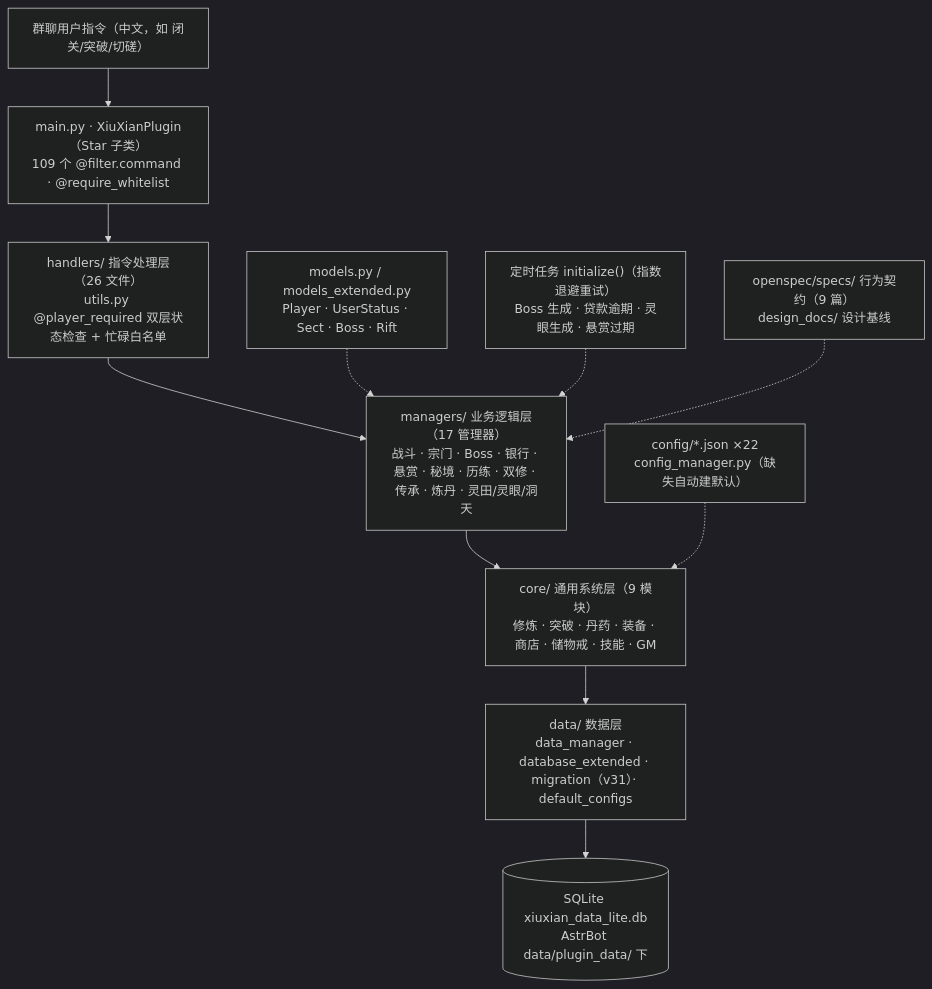
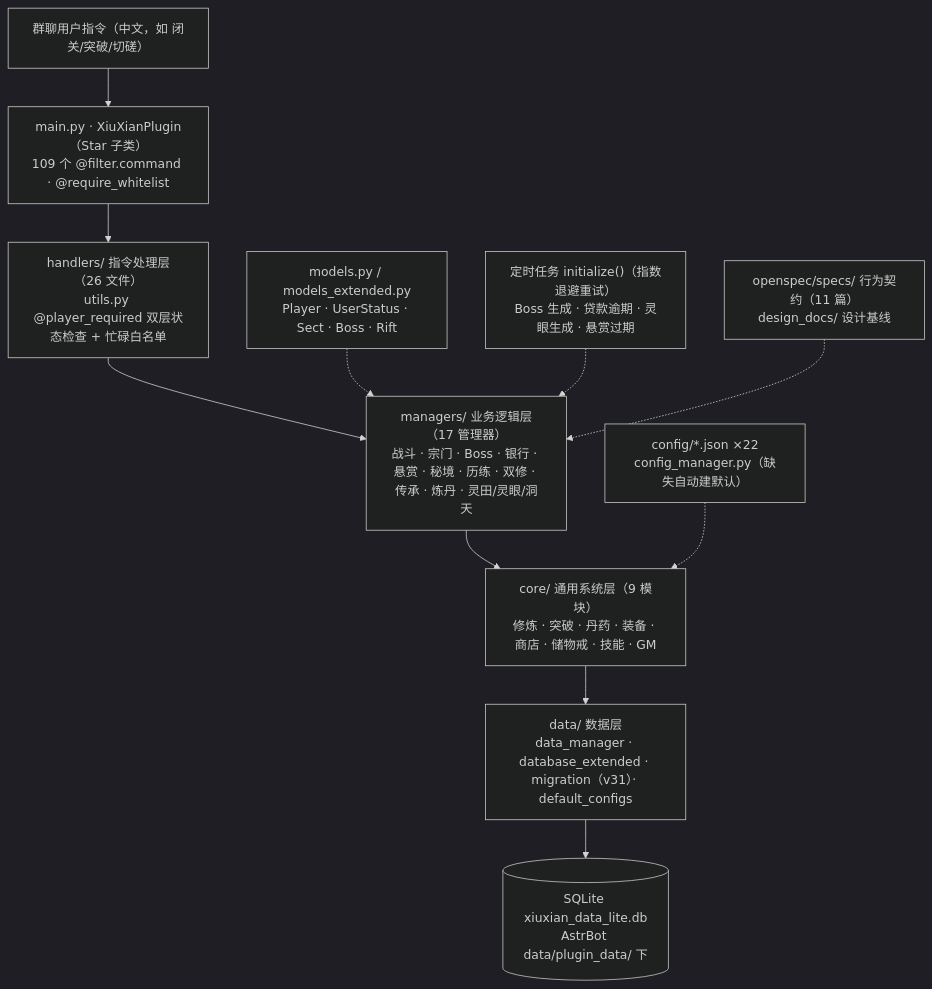
One commit to fanjinchi/astrbot_plugin_monixiuxian2_2 changed the diagram in design_docs/project-architecture.md. Above: the diagram before and after it, drawn with Mermaid (dark theme). The commit also changed other lines of this file and 4 other files, not shown here.

````diff
--- a/design_docs/project-architecture.md
+++ b/design_docs/project-architecture.md
@@ -33,13 +33,13 @@
 ```mermaid
 flowchart TD
     U["群聊用户指令（中文，如 闭关/突破/切磋）"] --> M["main.py · XiuXianPlugin（Star 子类）<br/>109 个 @filter.command · @require_whitelist"]
     M --> H["handlers/ 指令处理层（26 文件）<br/>utils.py @player_required 双层状态检查 + 忙碌白名单"]
     H --> MG["managers/ 业务逻辑层（17 管理器）<br/>战斗 · 宗门 · Boss · 银行 · 悬赏 · 秘境 · 历练 · 双修 · 传承 · 炼丹 · 灵田/灵眼/洞天"]
     MG --> C["core/ 通用系统层（9 模块）<br/>修炼 · 突破 · 丹药 · 装备 · 商店 · 储物戒 · 技能 · GM"]
     C --> D["data/ 数据层<br/>data_manager · database_extended · migration（v31）· default_configs"]
     D --> DB[("SQLite xiuxian_data_lite.db<br/>AstrBot data/plugin_data/ 下")]
     CFG["config/*.json ×22<br/>config_manager.py（缺失自动建默认）"] -.-> C
     MD["models.py / models_extended.py<br/>Player · UserStatus · Sect · Boss · Rift"] -.-> MG
     T["定时任务 initialize()（指数退避重试）<br/>Boss 生成 · 贷款逾期 · 灵眼生成 · 悬赏过期"] -.-> MG
-    SPEC["openspec/specs/ 行为契约（9 篇）<br/>design_docs/ 设计基线"] -.-> MG
+    SPEC["openspec/specs/ 行为契约（11 篇）<br/>design_docs/ 设计基线"] -.-> MG
 ```
````
